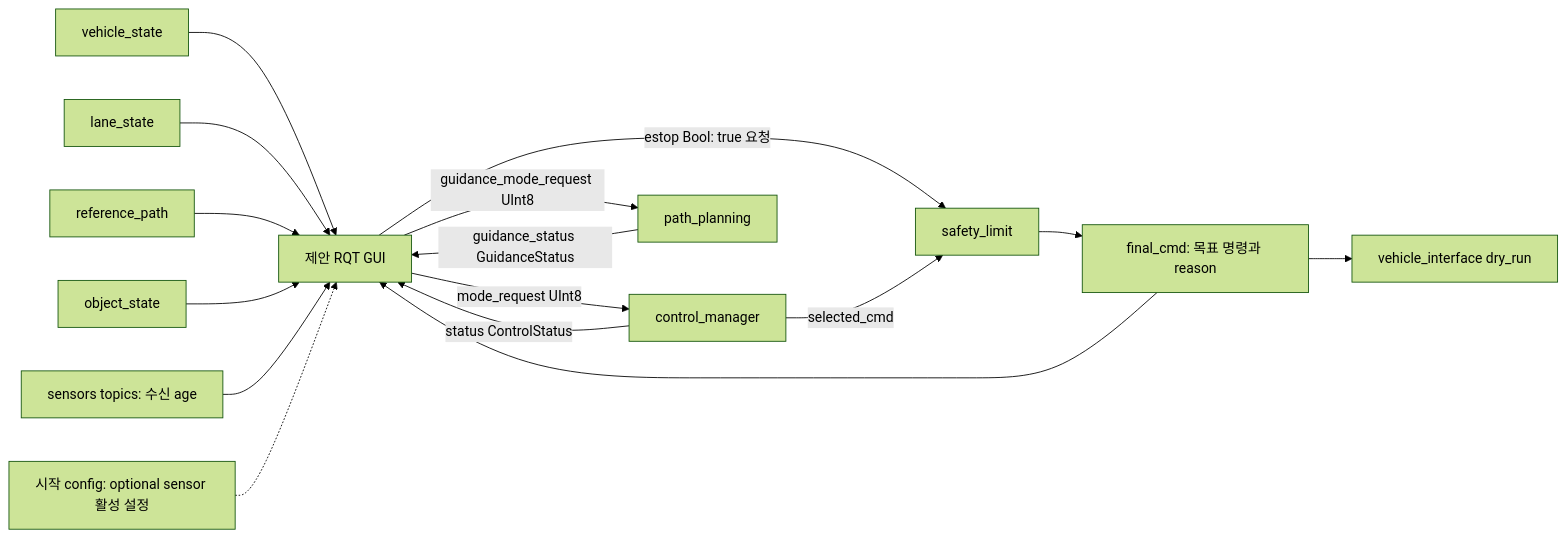
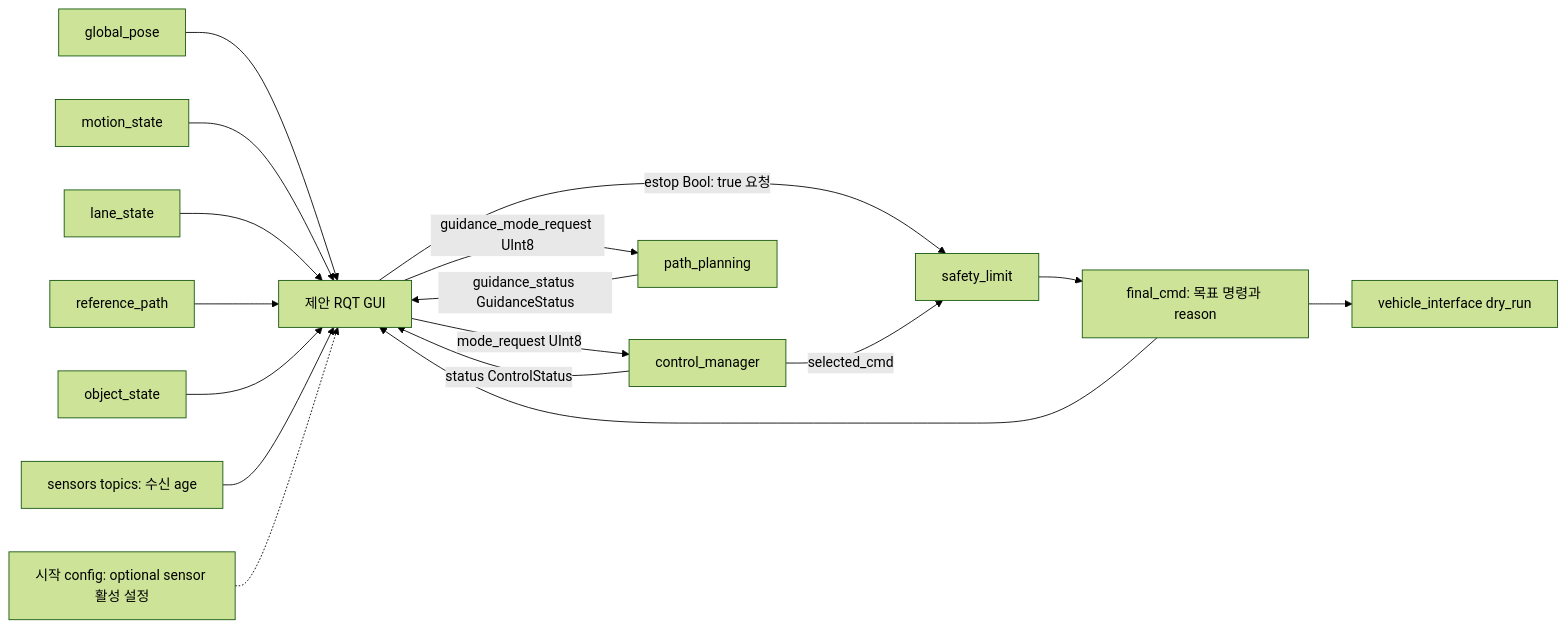
The fourth of 4 diagrams in doc/guidance_modes.md (planta223/control_manager), drawn with Mermaid (forest theme) before and after one commit. The commit also changed other lines of this file and 35 other files, not shown here.

````diff
--- a/doc/guidance_modes.md
+++ b/doc/guidance_modes.md
@@ -175,18 +178,19 @@
 ```mermaid
 flowchart LR
   UI[제안 RQT GUI] -->|mode_request UInt8| CM[control_manager]
   UI -->|guidance_mode_request UInt8| PP[path_planning]
   PP -->|guidance_status GuidanceStatus| UI
   CM -->|status ControlStatus| UI
-  VS[vehicle_state] --> UI
+  GP[global_pose] --> UI
+  MS[motion_state] --> UI
   LN[lane_state] --> UI
   RP[reference_path] --> UI
   OS[object_state] --> UI
   FC[final_cmd: 목표 명령과 reason] --> UI
   RX[sensors topics: 수신 age] --> UI
   CFG[시작 config: optional sensor 활성 설정] -.-> UI
   UI -->|estop Bool: true 요청| SL[safety_limit]
   CM -->|selected_cmd| SL
   SL --> FC
   FC --> VI[vehicle_interface dry_run]
 ```
````
